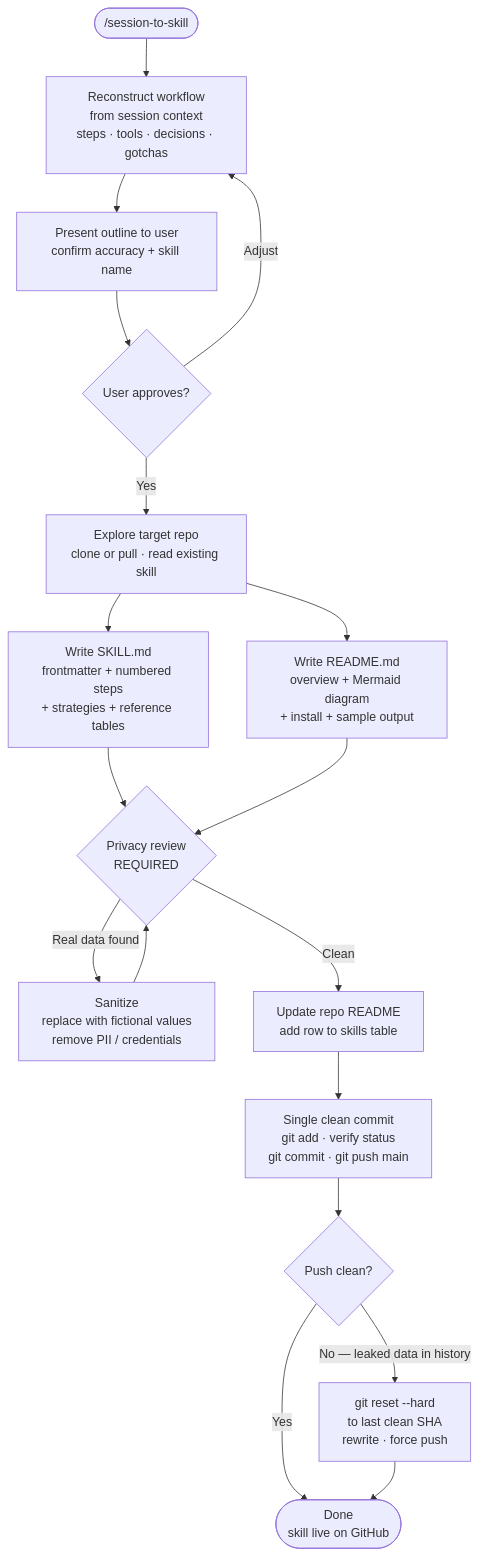
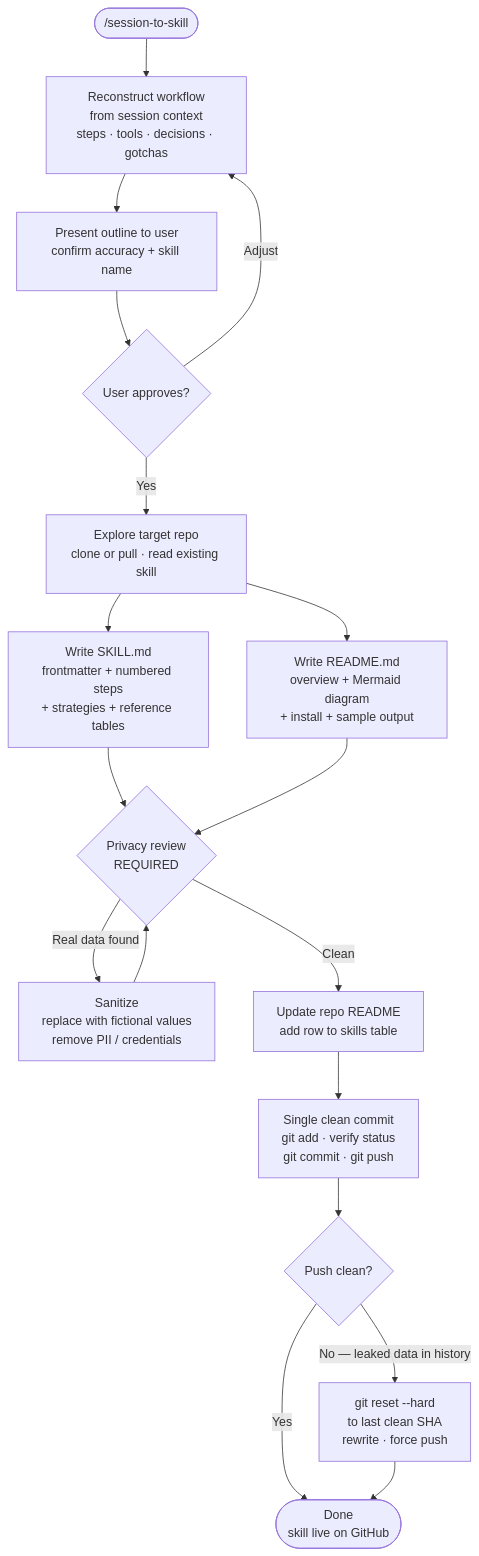
Before and after one commit to biomystery/claude-skills: the diagram in session-to-skill/README.md, drawn with Mermaid.

Commit message:
Fix README commit command for git push

````diff
--- a/session-to-skill/README.md
+++ b/session-to-skill/README.md
@@ -16,25 +16,25 @@
 ```mermaid
 flowchart TD
     A(["/session-to-skill"]) --> B[Reconstruct workflow\nfrom session context\nsteps · tools · decisions · gotchas]
     B --> C[Present outline to user\nconfirm accuracy + skill name]
     C --> D{User approves?}
     D -->|Adjust| B
     D -->|Yes| E[Explore target repo\nclone or pull · read existing skill]
 
     E --> F[Write SKILL.md\nfrontmatter + numbered steps\n+ strategies + reference tables]
     E --> G[Write README.md\noverview + Mermaid diagram\n+ install + sample output]
 
     F --> H{Privacy review\nREQUIRED}
     G --> H
 
     H -->|Real data found| I[Sanitize\nreplace with fictional values\nremove PII / credentials]
     I --> H
     H -->|Clean| J[Update repo README\nadd row to skills table]
 
-    J --> K[Single clean commit\ngit add · verify status\ngit commit · git push main]
+    J --> K[Single clean commit\ngit add · verify status\ngit commit · git push]
 
     K --> L{Push clean?}
     L -->|Yes| M(["Done\nskill live on GitHub"])
     L -->|No — leaked data in history| N["git reset --hard\nto last clean SHA\nrewrite · force push"]
     N --> M
 ```
````
